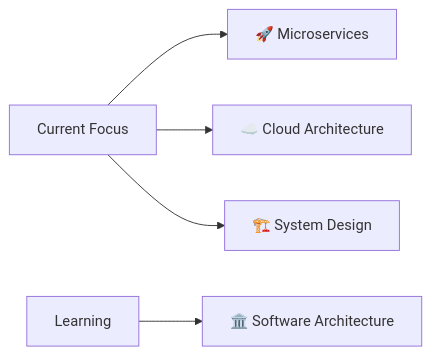
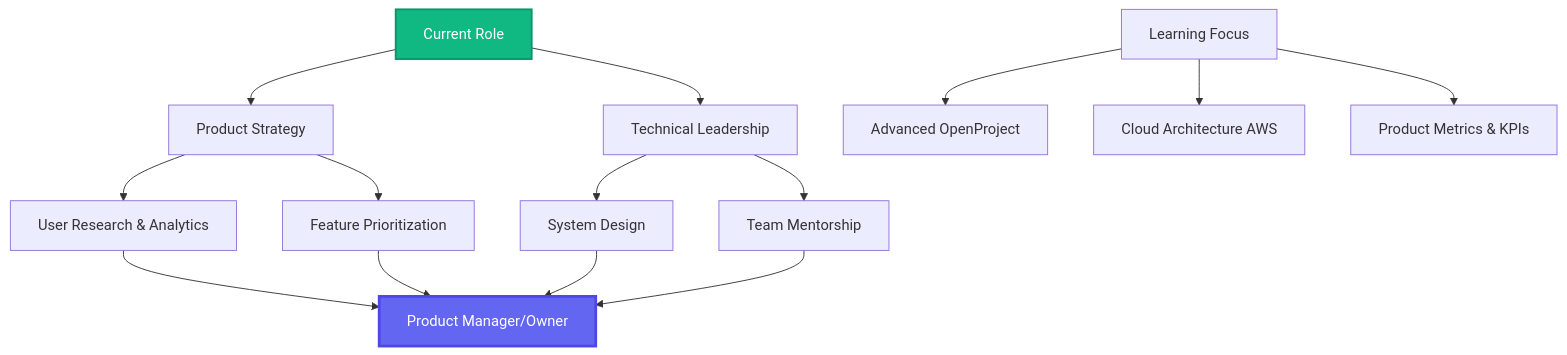
Before and after one commit to AlNomanCSE/AlNomanCSE: the diagram in README.md, drawn with Mermaid. The commit also changed other lines of this file, not shown here.

````diff
--- a/README.md
+++ b/README.md
@@ -187,8 +165,23 @@
 ```mermaid
-graph LR
-    A[Current Focus] --> B[🚀 Microservices]
-    A --> C[☁️ Cloud Architecture]
-    A --> D[🏗️ System Design]
+graph TB
+    A[Current Role] --> B[Product Strategy]
+    A --> C[Technical Leadership]
     
-    E[Learning] --> F[🏛️ Software Architecture]
+    B --> D[User Research & Analytics]
+    B --> E[Feature Prioritization]
+    
+    C --> F[System Design]
+    C --> G[Team Mentorship]
+    
+    D --> H[Product Manager/Owner]
+    E --> H
+    F --> H
+    G --> H
+    
+    I[Learning Focus] --> J[Advanced OpenProject]
+    I --> K[Cloud Architecture AWS]
+    I --> L[Product Metrics & KPIs]
+    
+    style H fill:#6366f1,stroke:#4f46e5,stroke-width:3px,color:#fff
+    style A fill:#10b981,stroke:#059669,stroke-width:2px,color:#fff
 ```
````
